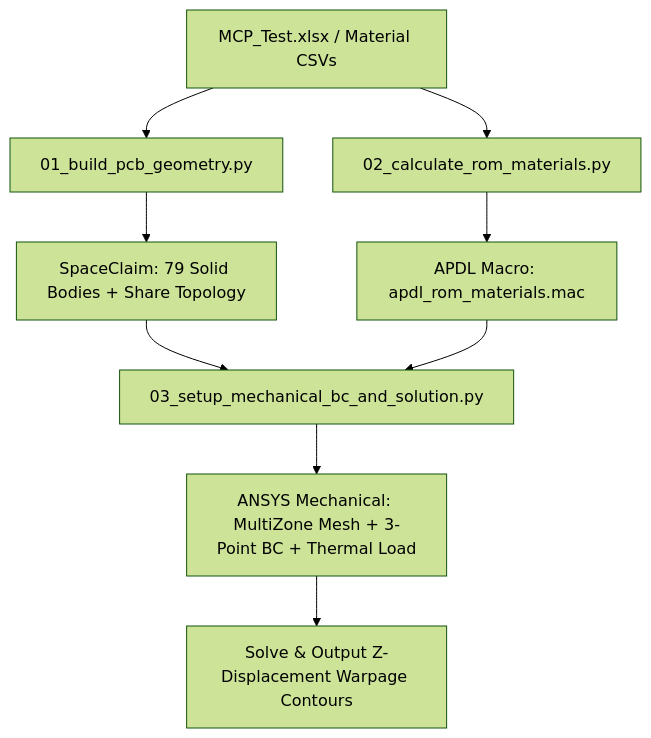
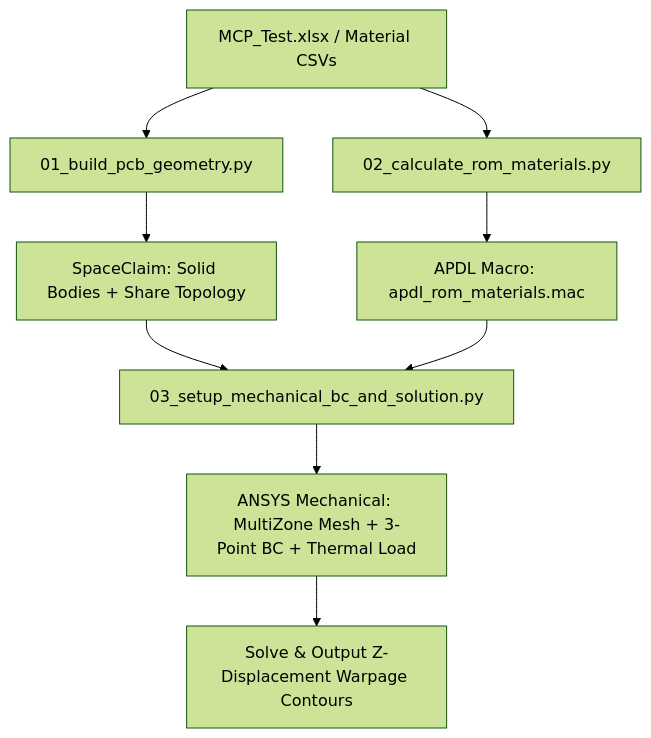
One commit to ikaros0902/ansys-unified-mcp changed the diagram in .kiro/skills/pcb-warpage-analysis/SKILL.md. Above: the diagram before and after it, drawn with Mermaid (forest theme). The commit also changed other lines of this file and 45 other files, not shown here.

````diff
--- a/.kiro/skills/pcb-warpage-analysis/SKILL.md
+++ b/.kiro/skills/pcb-warpage-analysis/SKILL.md
@@ -15,11 +15,11 @@
 ```mermaid
 flowchart TD
     A[MCP_Test.xlsx / Material CSVs] --> B[01_build_pcb_geometry.py]
     A --> C[02_calculate_rom_materials.py]
-    B --> D[SpaceClaim: 79 Solid Bodies + Share Topology]
+    B --> D[SpaceClaim: Solid Bodies + Share Topology]
     C --> E[APDL Macro: apdl_rom_materials.mac]
     D --> F[03_setup_mechanical_bc_and_solution.py]
     E --> F
     F --> G[ANSYS Mechanical: MultiZone Mesh + 3-Point BC + Thermal Load]
     G --> H[Solve & Output Z-Displacement Warpage Contours]
 ```
````
